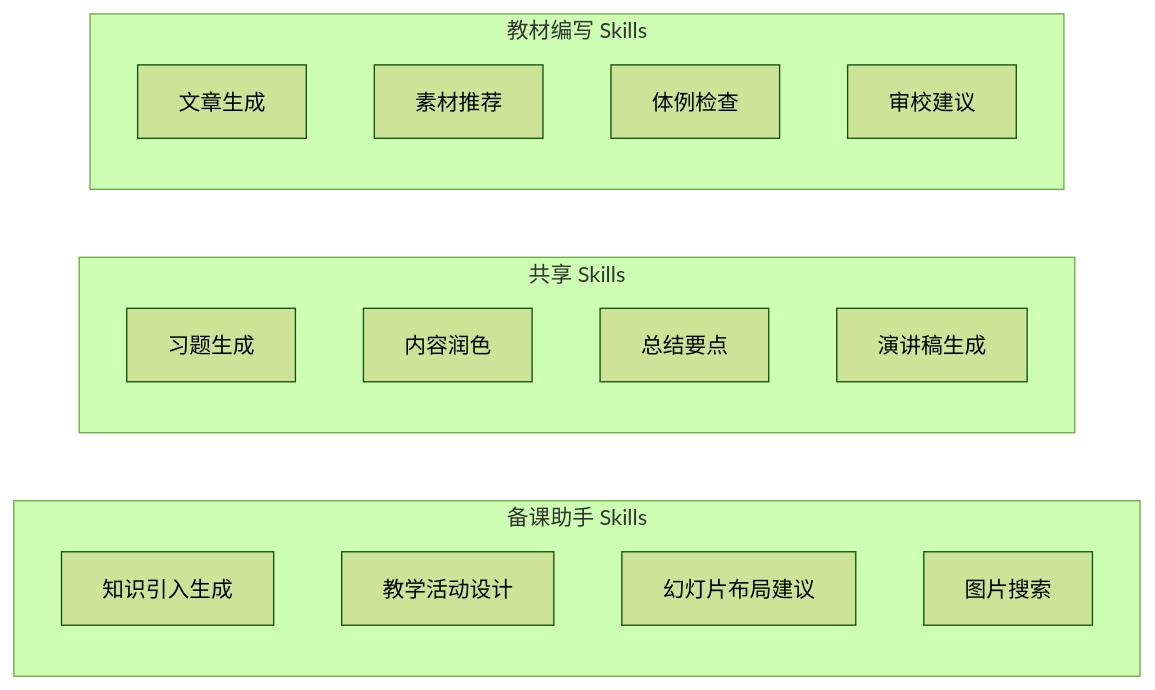
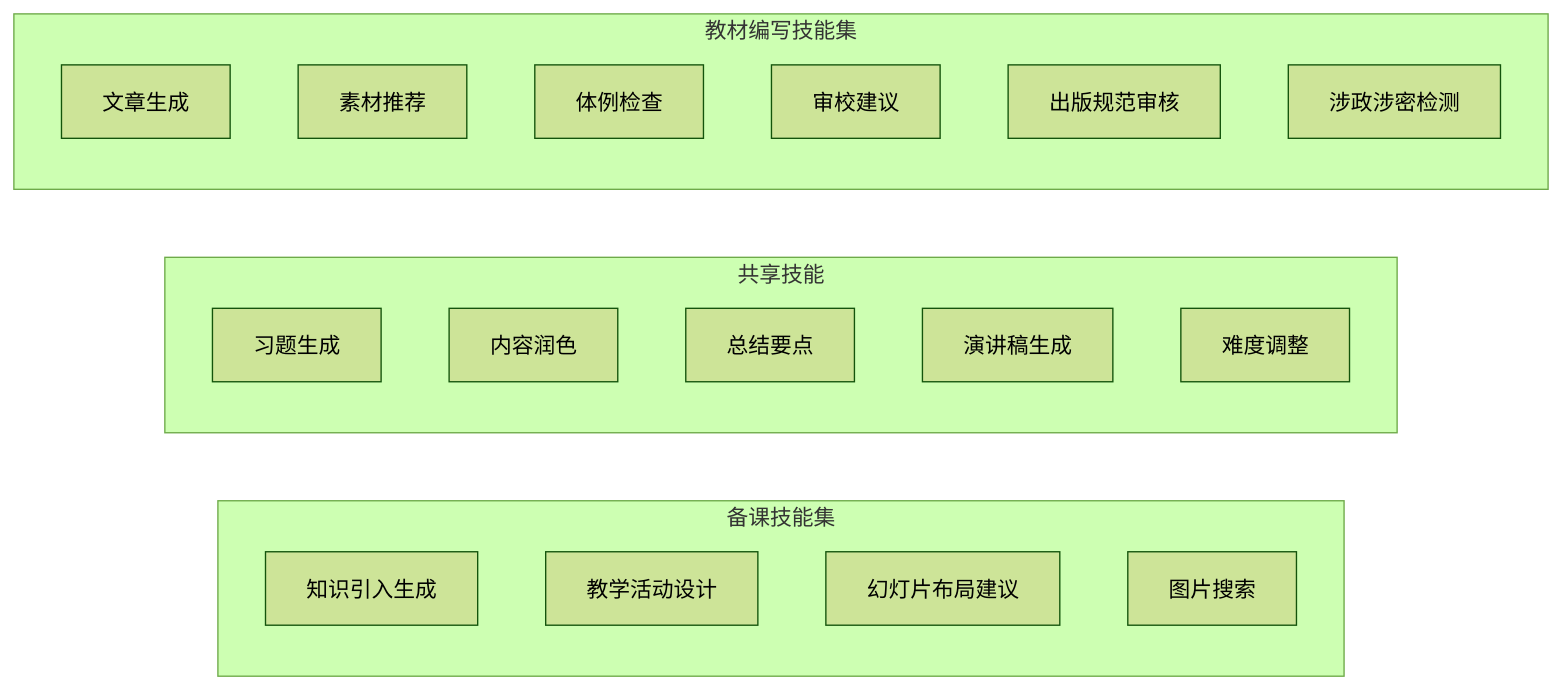
One commit to LarryLiny/pptAIagent changed the second of 5 diagrams in AIPPT_requirement.md. Above: the diagram before and after it, drawn with Mermaid (forest theme). The commit also changed other lines of this file and 1 other file, not shown here.

Commit message:
修正跨项目架构设计：内容审核从独立层改为技能层内的审核类技能，架构从五层简化为四层（对话管理+意图理解→内容生成与处理技能层→写入适配层→前端宿主）；更新Mermaid架构图和三个调用流程案例；教材编写场景审核作为技能编排链自动串联，备课场景审核为可选项。影响文件：AIPPT_requirement.md, AIPPT_Requirement_log.md

````diff
--- a/AIPPT_requirement.md
+++ b/AIPPT_requirement.md
@@ -742,23 +762,26 @@
 ```mermaid
 graph LR
-    subgraph 备课助手 Skills
+    subgraph 备课技能集
         A1[知识引入生成]
         A2[教学活动设计]
         A3[幻灯片布局建议]
         A4[图片搜索]
     end
 
-    subgraph 共享 Skills
+    subgraph 共享技能
         S1[习题生成]
         S2[内容润色]
         S3[总结要点]
         S4[演讲稿生成]
+        S5[难度调整]
     end
 
-    subgraph 教材编写 Skills
+    subgraph 教材编写技能集
         B1[文章生成]
         B2[素材推荐]
         B3[体例检查]
         B4[审校建议]
+        B5[出版规范审核]
+        B6[涉政涉密检测]
     end
 ```
````
